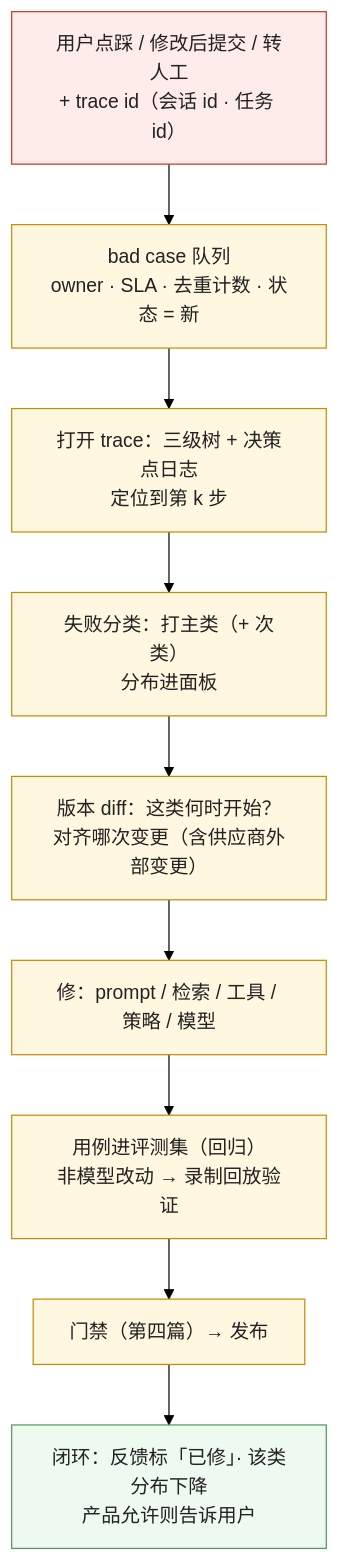
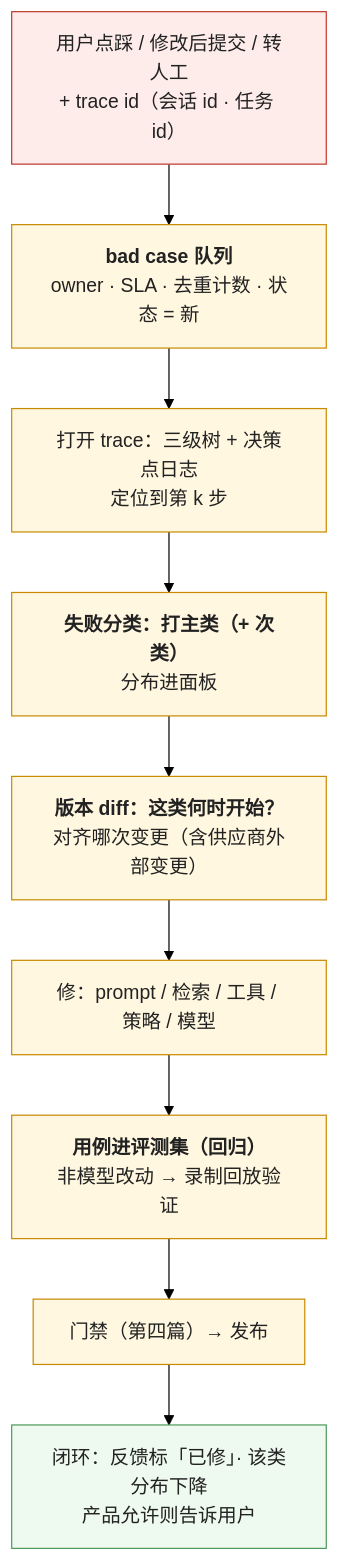
The fifth of 5 diagrams in _posts/2026-11-05-traceability-record-replay-decision-logs-failure-taxonomy-and-feedback.md (arganzheng/arganzheng.github.com), drawn with Mermaid (forest theme) before and after one commit. The commit also changed 7 other files, not shown here.

First line of the commit message:
评测、可观测与可追溯：怎么知道改了之后更好了：Mermaid 多行方框的首行标为标题（8 篇）

````diff
--- a/_posts/2026-11-05-traceability-record-replay-decision-logs-failure-taxonomy-and-feedback.md
+++ b/_posts/2026-11-05-traceability-record-replay-decision-logs-failure-taxonomy-and-feedback.md
@@ -226,18 +226,18 @@
 ```mermaid
 %% 图：从一条点踩到一条回归用例的闭环——用户点踩时带 trace id 落库进 bad case 队列（owner · SLA）；打开三级 trace 与决策点日志定位到那一步；打失败类；版本 diff 看这类何时开始、对齐哪次变更；修 prompt / 检索 / 工具 / 策略；用例进评测集，非模型改动用录制回放验证；过门禁发布；原始反馈标「已修」，如果产品允许告诉用户
 flowchart TB
-    F["用户点踩 / 修改后提交 / 转人工<br/>+ trace id（会话 id · 任务 id）"] --> Q["bad case 队列<br/>owner · SLA · 去重计数 · 状态 = 新"]
+    F["用户点踩 / 修改后提交 / 转人工<br/>+ trace id（会话 id · 任务 id）"] --> Q["<b>bad case 队列</b><br/>owner · SLA · 去重计数 · 状态 = 新"]
     Q --> T["打开 trace：三级树 + 决策点日志<br/>定位到第 k 步"]
-    T --> C["失败分类：打主类（+ 次类）<br/>分布进面板"]
-    C --> D["版本 diff：这类何时开始？<br/>对齐哪次变更（含供应商外部变更）"]
+    T --> C["<b>失败分类：打主类（+ 次类）</b><br/>分布进面板"]
+    C --> D["<b>版本 diff：这类何时开始？</b><br/>对齐哪次变更（含供应商外部变更）"]
     D --> FIX["修：prompt / 检索 / 工具 / 策略 / 模型"]
-    FIX --> E["用例进评测集（回归）<br/>非模型改动 → 录制回放验证"]
+    FIX --> E["<b>用例进评测集（回归）</b><br/>非模型改动 → 录制回放验证"]
     E --> G["门禁（第四篇）→ 发布"]
     G --> CL["闭环：反馈标「已修」· 该类分布下降<br/>产品允许则告诉用户"]
     classDef in fill:#fdecea,stroke:#c0392b,color:#222
     classDef step fill:#fff7e0,stroke:#c98a00,color:#222
     classDef ok fill:#eefaf0,stroke:#4d9a5c,color:#222
     class F in
     class Q,T,C,D,FIX,E,G step
     class CL ok
 ```
````
